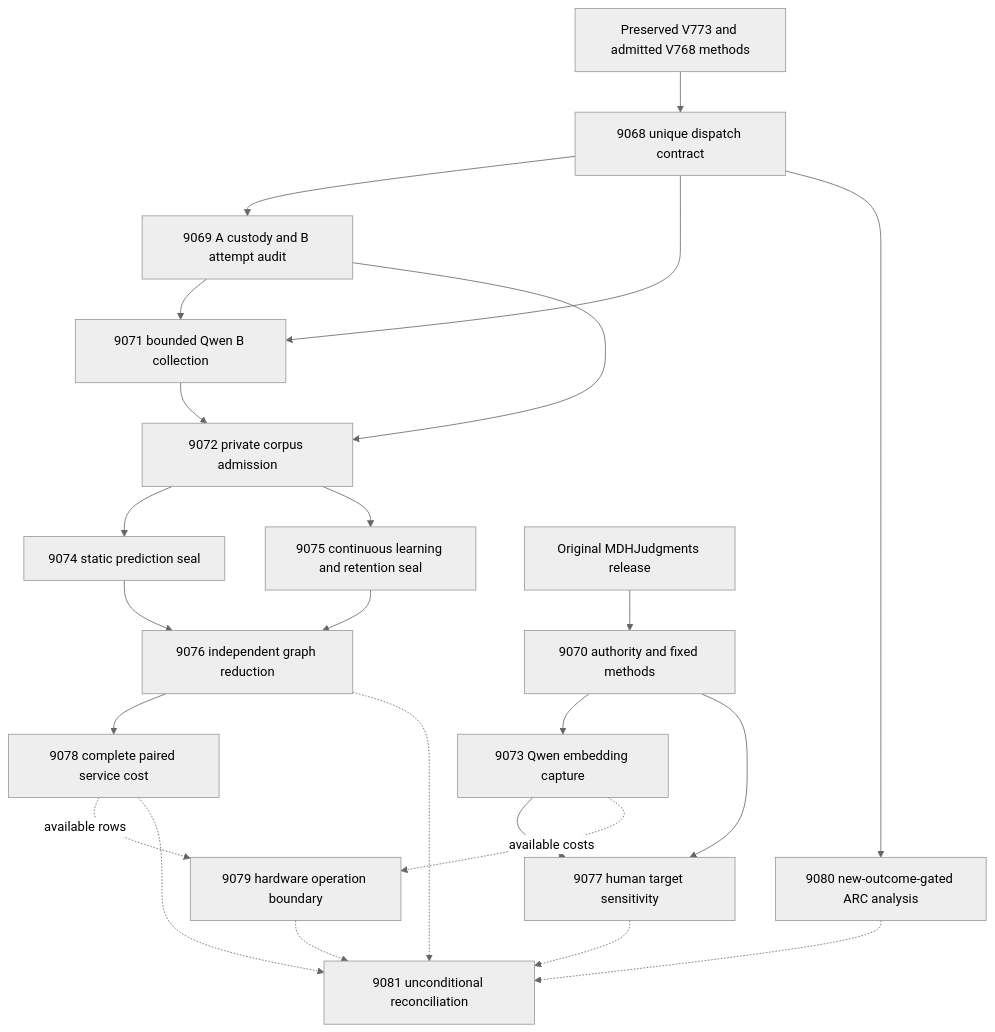
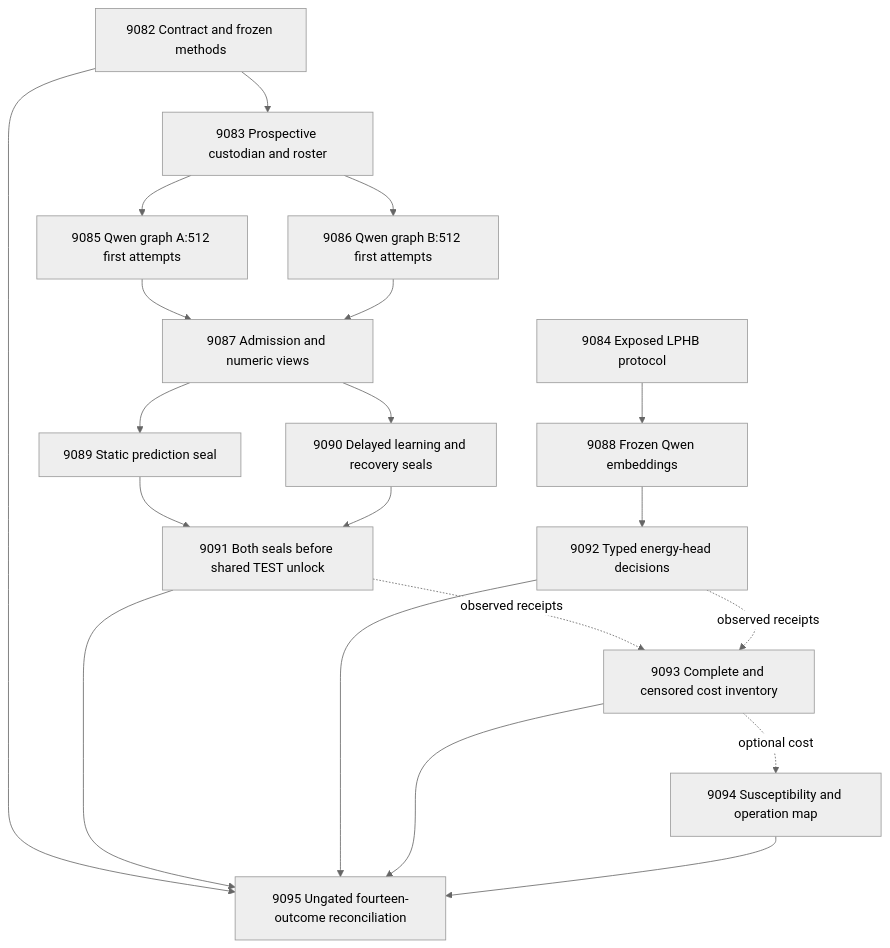
One commit to Carnot-EBM/carnot-ebm changed the diagram in openspec/change-proposals/research-roadmap-vNEXT.md. Above: the diagram before and after it, drawn with Mermaid (neutral theme). The commit also changed other lines of this file and 19 other files, not shown here.

````diff
--- a/openspec/change-proposals/research-roadmap-vNEXT.md
+++ b/openspec/change-proposals/research-roadmap-vNEXT.md
@@ -87,26 +79,22 @@
 ```mermaid
 flowchart TD
-    H[Preserved V773 and admitted V768 methods] --> C[9068 unique dispatch contract]
-    C --> U[9069 A custody and B attempt audit]
-    U --> B[9071 bounded Qwen B collection]
-    C --> B
-    U --> J[9072 private corpus admission]
-    B --> J
-    J --> D[9074 static prediction seal]
-    J --> O[9075 continuous learning and retention seal]
-    D --> R[9076 independent graph reduction]
-    O --> R
-    R --> K[9078 complete paired service cost]
-    A[Original MDHJudgments release] --> M[9070 authority and fixed methods]
-    M --> F[9073 Qwen embedding capture]
-    F --> P[9077 human target sensitivity]
-    M --> P
-    K -. available rows .-> W[9079 hardware operation boundary]
-    F -. available costs .-> W
-    C --> X[9080 new-outcome-gated ARC analysis]
-    R -.-> Z[9081 unconditional reconciliation]
-    P -.-> Z
-    K -.-> Z
-    W -.-> Z
-    X -.-> Z
+  C[9082 Contract and frozen methods] --> P[9083 Prospective custodian and roster]
+  P --> A[9085 Qwen graph A:512 first attempts]
+  P --> B[9086 Qwen graph B:512 first attempts]
+  A --> J[9087 Admission and numeric views]
+  B --> J
+  J --> S[9089 Static prediction seal]
+  J --> L[9090 Delayed learning and recovery seals]
+  S --> R[9091 Both seals before shared TEST unlock]
+  L --> R
+  H[9084 Exposed LPHB protocol] --> E[9088 Frozen Qwen embeddings]
+  E --> T[9092 Typed energy-head decisions]
+  R -. observed receipts .-> K[9093 Complete and censored cost inventory]
+  T -. observed receipts .-> K
+  K -. optional cost .-> N[9094 Susceptibility and operation map]
+  C --> F[9095 Ungated fourteen-outcome reconciliation]
+  R --> F
+  T --> F
+  K --> F
+  N --> F
 ```
````
